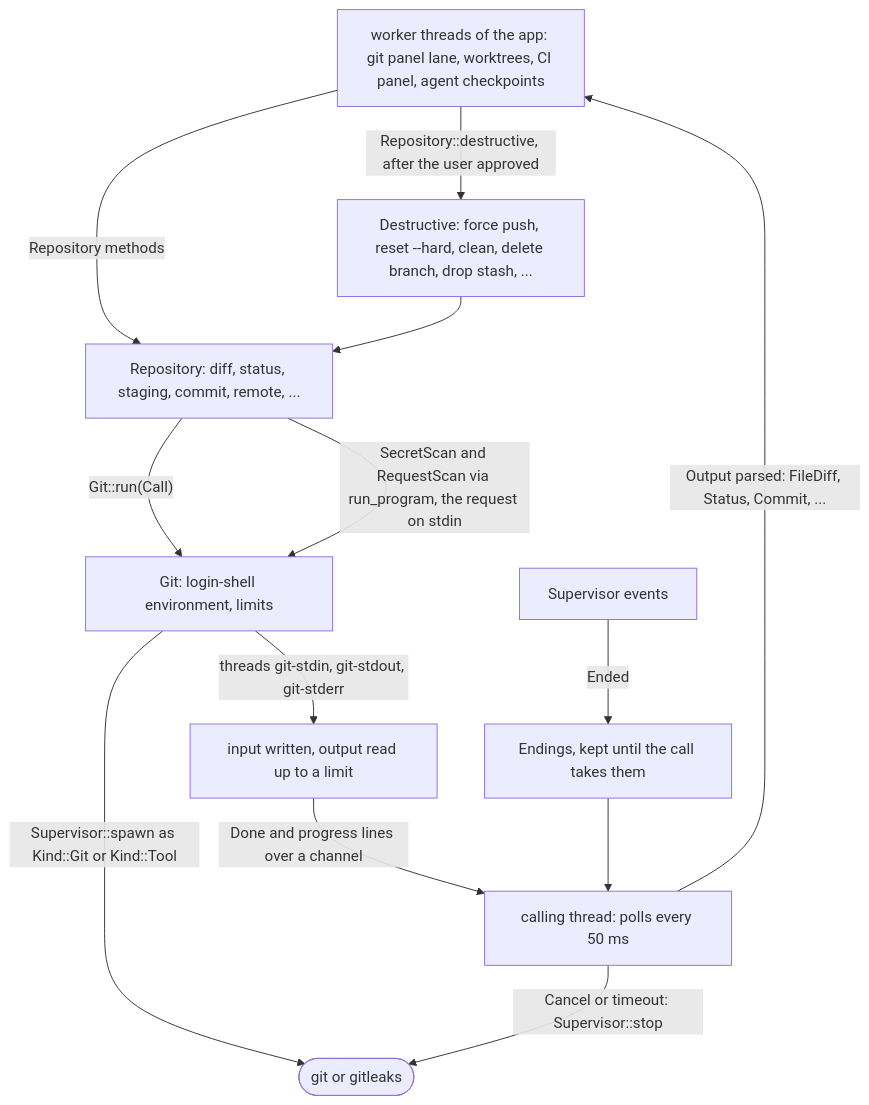
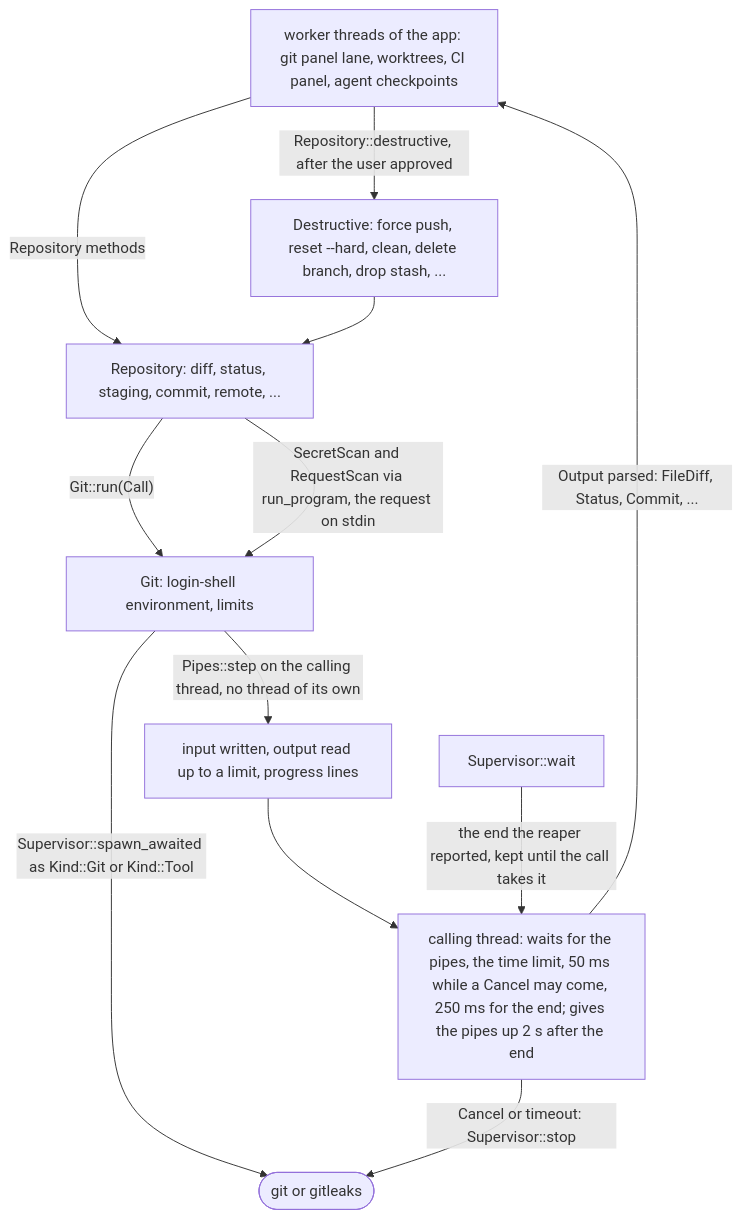
The diagram in crates/ide-git/README.md (sventmueller/dango), drawn with Mermaid before and after one commit. The commit also changed 826 other files, not shown here.

````diff
--- a/crates/ide-git/README.md
+++ b/crates/ide-git/README.md
@@ -9,15 +9,14 @@
 ```mermaid
 flowchart TB
     callers["worker threads of the app: git panel lane, worktrees, CI panel, agent checkpoints"] -->|"Repository methods"| repo["Repository: diff, status, staging, commit, remote, ..."]
     callers -->|"Repository::destructive, after the user approved"| destructive["Destructive: force push, reset --hard, clean, delete branch, drop stash, ..."]
     destructive --> repo
     repo -->|"Git::run(Call)"| run["Git: login-shell environment, limits"]
     repo -->|"SecretScan and RequestScan via run_program, the request on stdin"| run
-    run -->|"Supervisor::spawn as Kind::Git or Kind::Tool"| process(["git or gitleaks"])
-    run -->|"threads git-stdin, git-stdout, git-stderr"| pipes["input written, output read up to a limit"]
-    pipes -->|"Done and progress lines over a channel"| loop["calling thread: polls every 50 ms"]
+    run -->|"Supervisor::spawn_awaited as Kind::Git or Kind::Tool"| process(["git or gitleaks"])
+    run -->|"Pipes::step on the calling thread, no thread of its own"| pipes["input written, output read up to a limit, progress lines"]
+    pipes --> loop["calling thread: waits for the pipes, the time limit, 50 ms while a Cancel may come, 250 ms for the end; gives the pipes up 2 s after the end"]
     loop -->|"Cancel or timeout: Supervisor::stop"| process
-    supervisor["Supervisor events"] -->|"Ended"| exits["Endings, kept until the call takes them"]
-    exits --> loop
+    supervisor["Supervisor::wait"] -->|"the end the reaper reported, kept until the call takes it"| loop
     loop -->|"Output parsed: FileDiff, Status, Commit, ..."| callers
 ```
````
